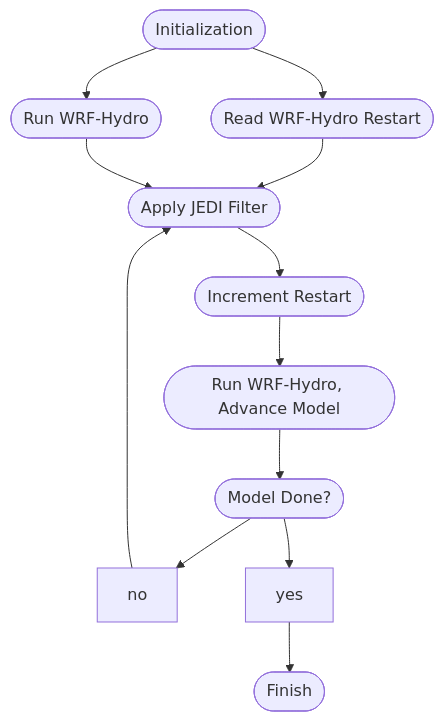
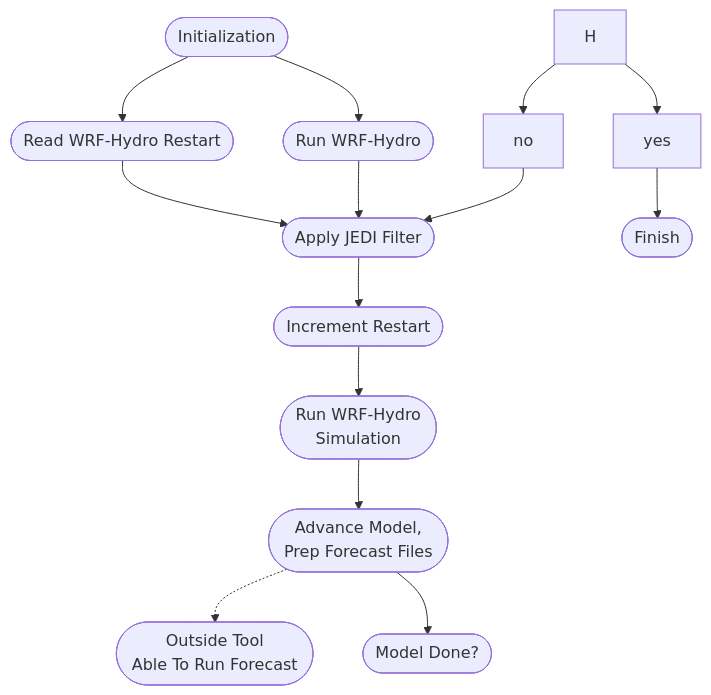
Before and after one commit to NCAR/jedi_wrfhydro_workflow: the diagram in README.md, drawn with Mermaid.

Commit message:
Update to mermaid graph, better description

````diff
--- a/README.md
+++ b/README.md
@@ -28,14 +28,16 @@
 ```mermaid
 graph TD
     A([Initialization])
     A --> B1([Read WRF-Hydro Restart])
     A --> B2([Run WRF-Hydro])
     C([Apply JEDI Filter])
     B1 --> C
     B2 --> C
     C --> D([Increment Restart])
-    D --> F([Run WRF-Hydro, Advance Model ])
-    F --> G([Model Done?])
-    G --> no --> C
-    G --> yes --> J([Finish])
+    D --> F([Run WRF-Hydro<br/> Simulation])
+    F --> G([Advance Model, <br/> Prep Forecast Files ])
+    G -.-> G1([Outside Tool<br/> Able To Run Forecast])
+    G --> G2([Model Done?])
+    H --> yes --> J([Finish])
+    H --> no --> C
 ```
````
